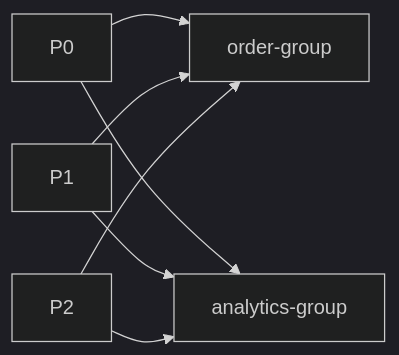
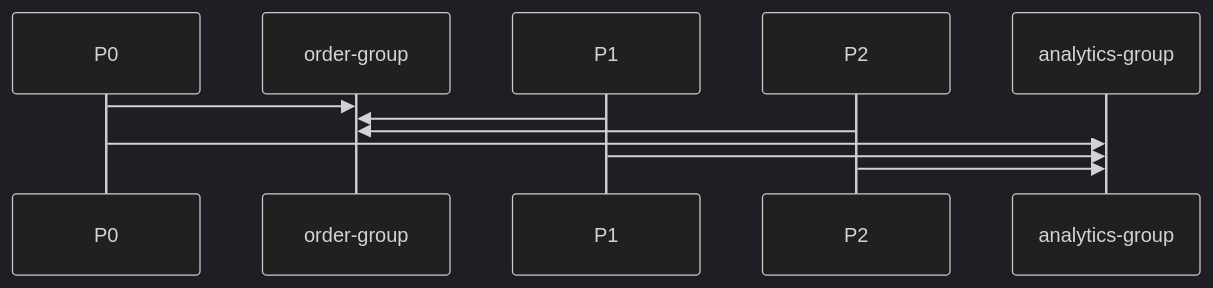
The first of 7 diagrams in _posts/kafka/2026-05-01-kafka-consumer-deep.md (yjkim2015/yjkim2015.github.io), drawn with Mermaid (dark theme) before and after one commit. The commit also changed other lines of this file and 89 other files, not shown here.

First line of the commit message:
복잡한 flowchart 163개 → sequenceDiagram 변환 (90파일)

````diff
--- a/_posts/kafka/2026-05-01-kafka-consumer-deep.md
+++ b/_posts/kafka/2026-05-01-kafka-consumer-deep.md
@@ -26,6 +26,9 @@
 ```mermaid
-graph LR
-    P0 & P1 --> G1["order-group"]
-    P2 --> G1
-    P0 & P1 & P2 --> G2["analytics-group"]
+sequenceDiagram
+    P0->>order-group: 
+    P1->>order-group: 
+    P2->>order-group: 
+    P0->>analytics-group: 
+    P1->>analytics-group: 
+    P2->>analytics-group: 
 ```
````
